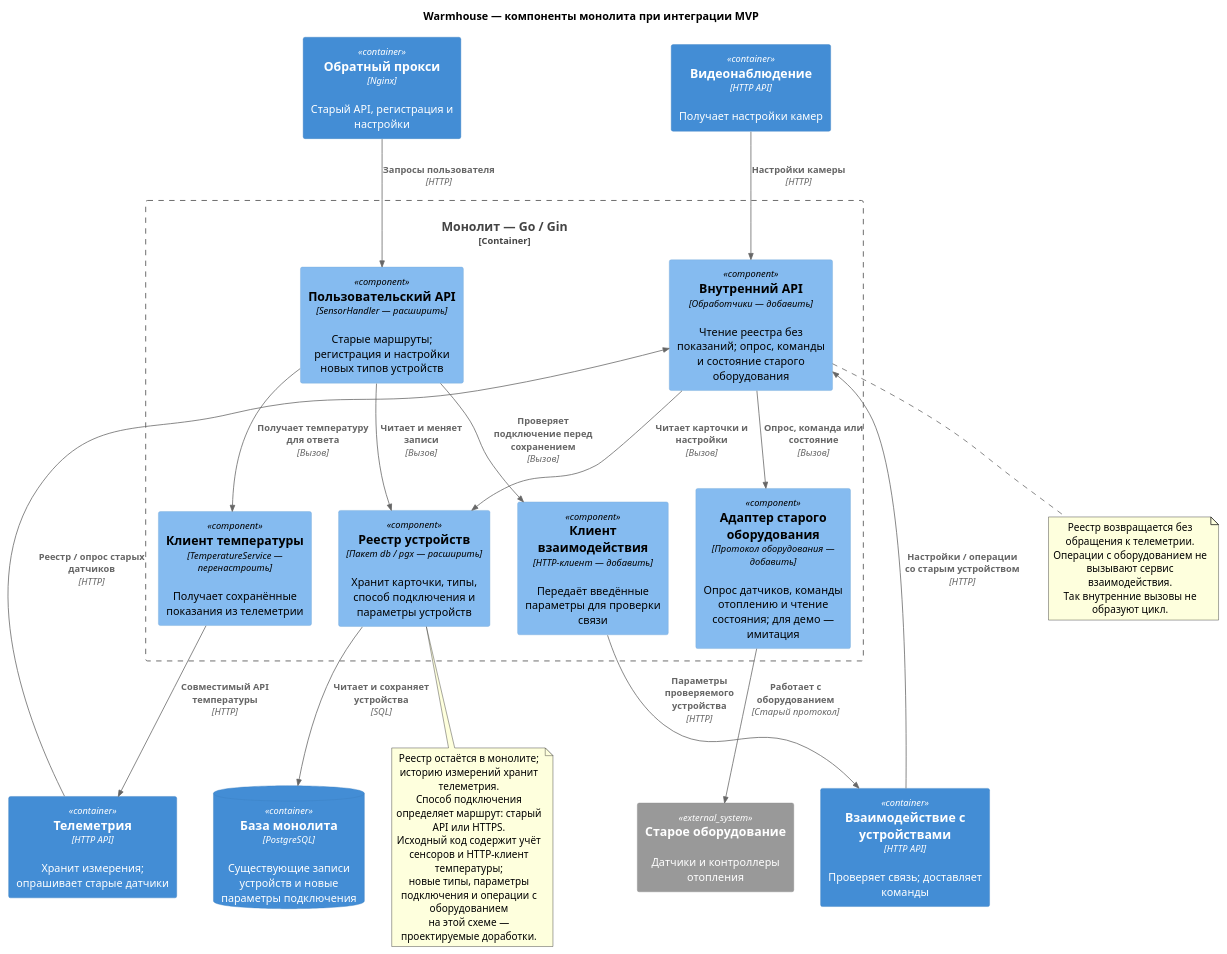
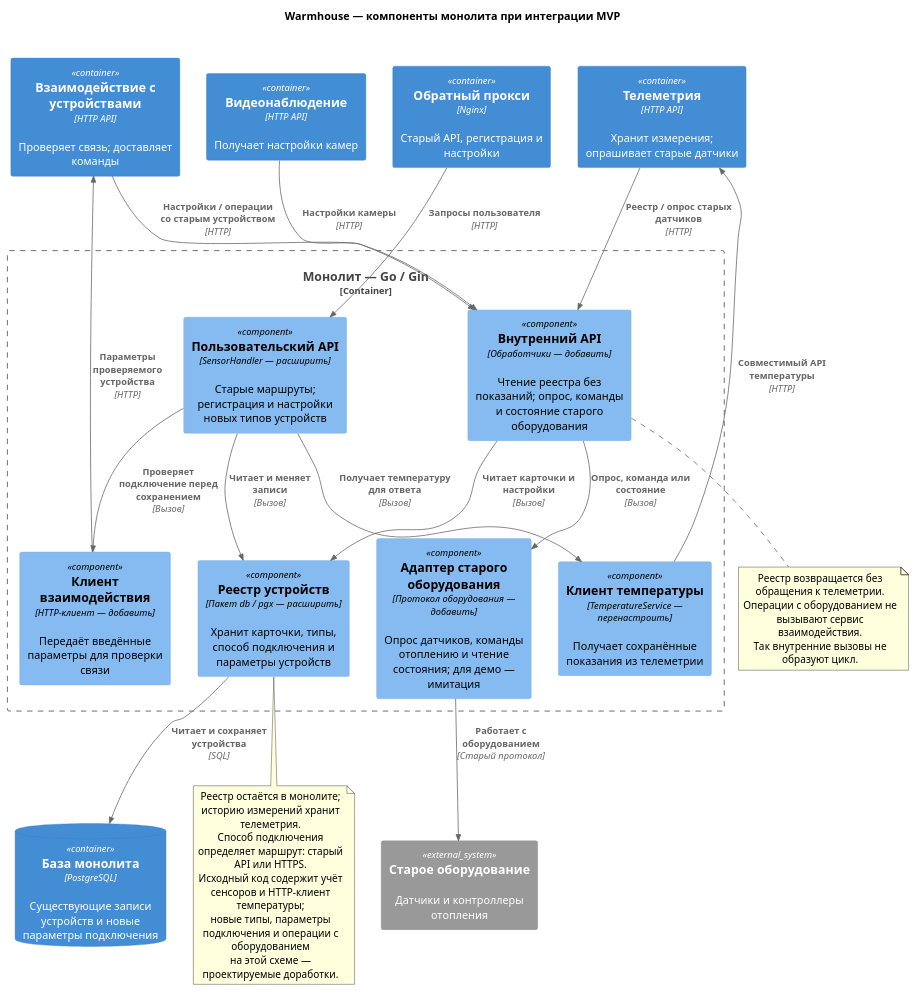
Before and after one commit to AndyMcFishka/architecture-pro-warmhouse: the diagram in diagrams/components/monolith.puml, drawn with PlantUML.

Commit message:
Move internal API callers above monolith

```diff
--- a/diagrams/components/monolith.puml
+++ b/diagrams/components/monolith.puml
@@ -1,51 +1,57 @@
 @startuml
 !include <C4/C4_Component>
 
 title Warmhouse — компоненты монолита при интеграции MVP
 LAYOUT_TOP_DOWN()
 
 Container(proxy, "Обратный прокси", "Nginx", "Старый API, регистрация и настройки")
+together {
 Container(telemetry, "Телеметрия", "HTTP API", "Хранит измерения; опрашивает старые датчики")
 Container(connectivity, "Взаимодействие с устройствами", "HTTP API", "Проверяет связь; доставляет команды")
 Container(video, "Видеонаблюдение", "HTTP API", "Получает настройки камер")
+}
 
 Container_Boundary(monolith, "Монолит — Go / Gin") {
     Component(api, "Пользовательский API", "SensorHandler — расширить", "Старые маршруты; регистрация и настройки новых типов устройств")
     Component(registry, "Реестр устройств", "Пакет db / pgx — расширить", "Хранит карточки, типы, способ подключения и параметры устройств")
     Component(temperatureClient, "Клиент температуры", "TemperatureService — перенастроить", "Получает сохранённые показания из телеметрии")
     Component(connectivityClient, "Клиент взаимодействия", "HTTP-клиент — добавить", "Передаёт введённые параметры для проверки связи")
     Component(internalApi, "Внутренний API", "Обработчики — добавить", "Чтение реестра без показаний; опрос, команды и состояние старого оборудования")
     Component(legacy, "Адаптер старого оборудования", "Протокол оборудования — добавить", "Опрос датчиков, команды отоплению и чтение состояния; для демо — имитация")
 }
 
 ContainerDb(db, "База монолита", "PostgreSQL", "Существующие записи устройств и новые параметры подключения")
 System_Ext(equipment, "Старое оборудование", "Датчики и контроллеры отопления")
 
 Rel(proxy, api, "Запросы пользователя", "HTTP")
 Rel(api, registry, "Читает и меняет записи", "Вызов")
 Rel(api, temperatureClient, "Получает температуру для ответа", "Вызов")
-Rel(temperatureClient, telemetry, "Совместимый API температуры", "HTTP")
+Rel_U(temperatureClient, telemetry, "Совместимый API температуры", "HTTP")
 Rel(api, connectivityClient, "Проверяет подключение перед сохранением", "Вызов")
-Rel(connectivityClient, connectivity, "Параметры проверяемого устройства", "HTTP")
-Rel(telemetry, internalApi, "Реестр / опрос старых датчиков", "HTTP")
-Rel(connectivity, internalApi, "Настройки / операции со старым устройством", "HTTP")
-Rel(video, internalApi, "Настройки камеры", "HTTP")
+Rel_U(connectivityClient, connectivity, "Параметры проверяемого устройства", "HTTP")
+Rel_D(telemetry, internalApi, "Реестр / опрос старых датчиков", "HTTP")
+Rel_D(connectivity, internalApi, "Настройки / операции со старым устройством", "HTTP")
+Rel_D(video, internalApi, "Настройки камеры", "HTTP")
 Rel(internalApi, registry, "Читает карточки и настройки", "Вызов")
 Rel(internalApi, legacy, "Опрос, команда или состояние", "Вызов")
 Rel(registry, db, "Читает и сохраняет устройства", "SQL")
 Rel(legacy, equipment, "Работает с оборудованием", "Старый протокол")
+
+Lay_R(proxy, telemetry)
+Lay_R(telemetry, video)
+Lay_R(video, connectivity)
 
 note bottom of internalApi
   Реестр возвращается без обращения к телеметрии.
   Операции с оборудованием не вызывают сервис взаимодействия.
   Так внутренние вызовы не образуют цикл.
 end note
 
 note bottom of registry
   Реестр остаётся в монолите; историю измерений хранит телеметрия.
   Способ подключения определяет маршрут: старый API или HTTPS.
   Исходный код содержит учёт сенсоров и HTTP-клиент температуры;
   новые типы, параметры подключения и операции с оборудованием
   на этой схеме — проектируемые доработки.
 end note
 @enduml
```
